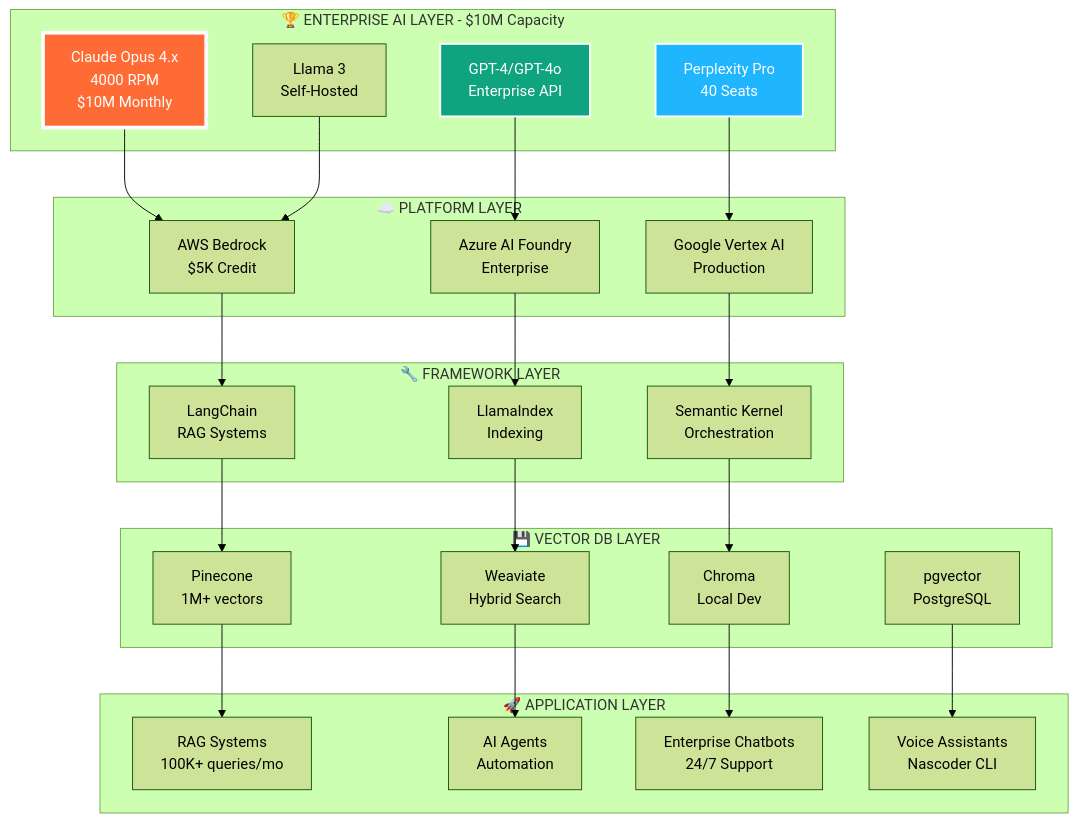
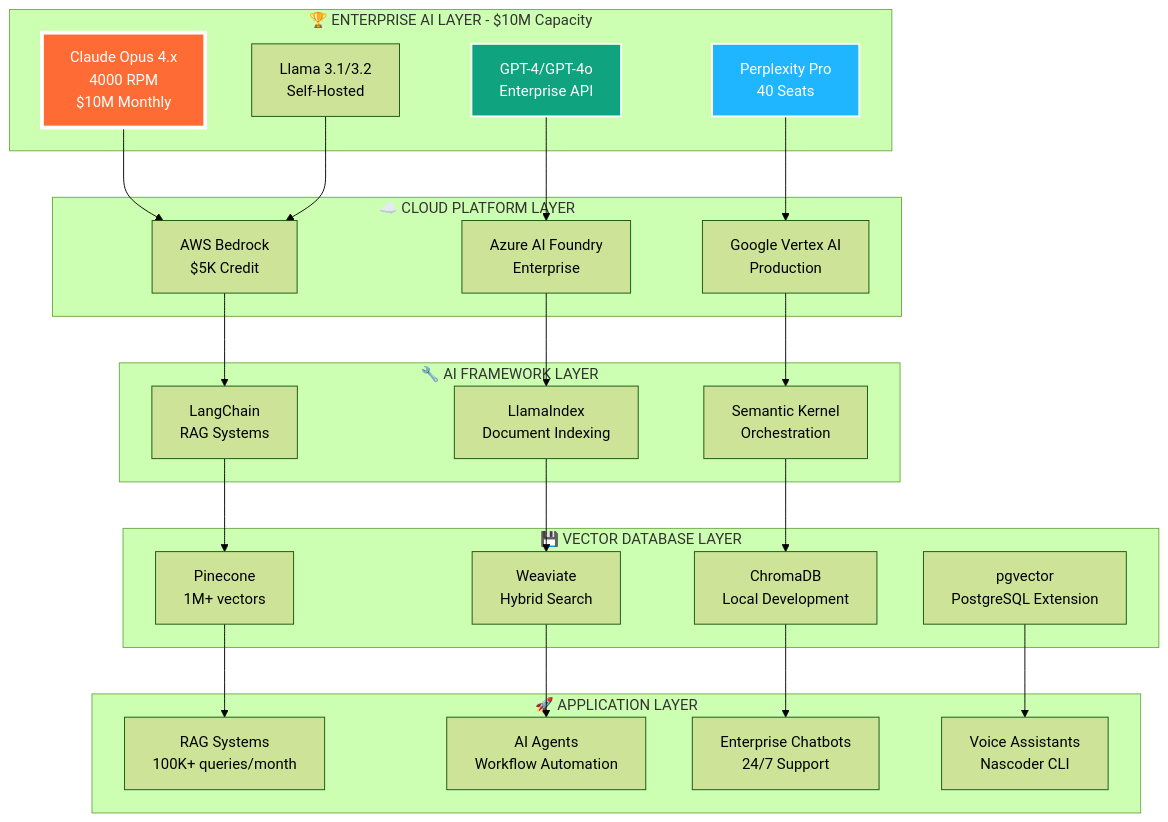
One commit to freelancernasimofficial/freelancernasimofficial changed the diagram in README.md. Above: the diagram before and after it, drawn with Mermaid (forest theme). The commit also changed other lines of this file, not shown here.

````diff
--- a/README.md
+++ b/README.md
@@ -510,57 +656,57 @@
 ```mermaid
 graph TB
     subgraph "🏆 ENTERPRISE AI LAYER - $10M Capacity"
         Claude[Claude Opus 4.x<br/>4000 RPM<br/>$10M Monthly]
         GPT[GPT-4/GPT-4o<br/>Enterprise API]
         Perplexity[Perplexity Pro<br/>40 Seats]
-        Llama[Llama 3<br/>Self-Hosted]
+        Llama[Llama 3.1/3.2<br/>Self-Hosted]
     end
 
-    subgraph "☁️ PLATFORM LAYER"
+    subgraph "☁️ CLOUD PLATFORM LAYER"
         Bedrock[AWS Bedrock<br/>$5K Credit]
         Azure[Azure AI Foundry<br/>Enterprise]
         Vertex[Google Vertex AI<br/>Production]
     end
 
-    subgraph "🔧 FRAMEWORK LAYER"
+    subgraph "🔧 AI FRAMEWORK LAYER"
         LangChain[LangChain<br/>RAG Systems]
-        LlamaIndex[LlamaIndex<br/>Indexing]
+        LlamaIndex[LlamaIndex<br/>Document Indexing]
         Semantic[Semantic Kernel<br/>Orchestration]
     end
 
-    subgraph "💾 VECTOR DB LAYER"
+    subgraph "💾 VECTOR DATABASE LAYER"
         Pinecone[Pinecone<br/>1M+ vectors]
         Weaviate[Weaviate<br/>Hybrid Search]
-        Chroma[Chroma<br/>Local Dev]
-        PGVector[pgvector<br/>PostgreSQL]
+        Chroma[ChromaDB<br/>Local Development]
+        PGVector[pgvector<br/>PostgreSQL Extension]
     end
 
     subgraph "🚀 APPLICATION LAYER"
-        RAG[RAG Systems<br/>100K+ queries/mo]
-        Agents[AI Agents<br/>Automation]
+        RAG[RAG Systems<br/>100K+ queries/month]
+        Agents[AI Agents<br/>Workflow Automation]
         Chatbots[Enterprise Chatbots<br/>24/7 Support]
         Voice[Voice Assistants<br/>Nascoder CLI]
     end
 
     Claude --> Bedrock
     GPT --> Azure
     Perplexity --> Vertex
     Llama --> Bedrock
 
     Bedrock --> LangChain
     Azure --> LlamaIndex
     Vertex --> Semantic
 
     LangChain --> Pinecone
     LlamaIndex --> Weaviate
     Semantic --> Chroma
 
     Pinecone --> RAG
     Weaviate --> Agents
     Chroma --> Chatbots
     PGVector --> Voice
 
     style Claude fill:#FF6B35,stroke:#fff,stroke-width:4px,color:#fff
     style GPT fill:#10a37f,stroke:#fff,stroke-width:2px,color:#fff
     style Perplexity fill:#1FB6FF,stroke:#fff,stroke-width:2px,color:#fff
 ```
````
